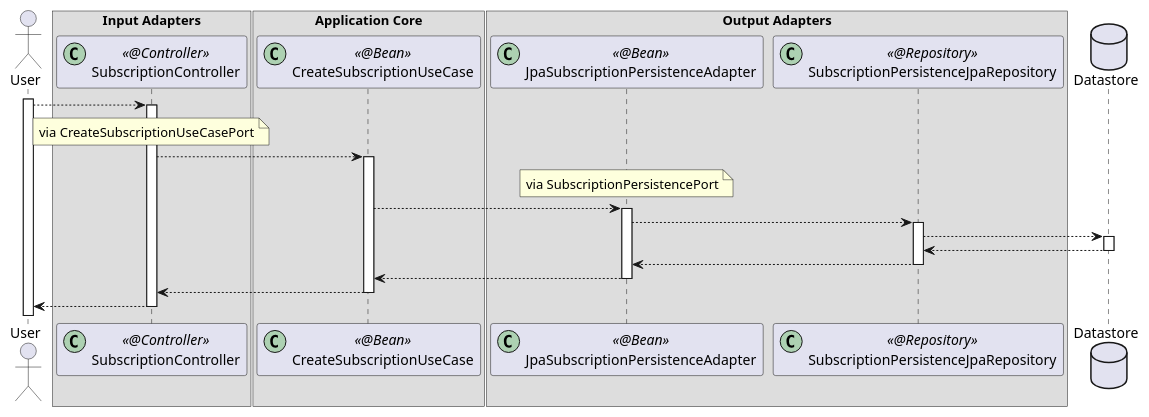
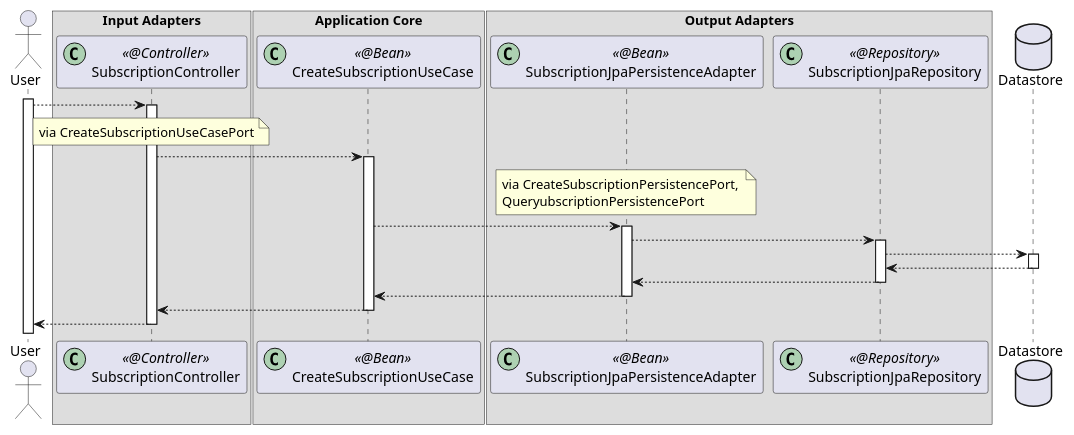
The diagram in hex/docs/diagrams/sequence.puml (abchau/architecture-by-examples), drawn with PlantUML before and after one commit. The commit also changed 2 other files, not shown here.

```diff
--- a/hex/docs/diagrams/sequence.puml
+++ b/hex/docs/diagrams/sequence.puml
@@ -1,52 +1,52 @@
 @startuml
 
 actor User 
 box Input Adapters
 participant SubscriptionController << (C,#ADD1B2) @Controller >>
 end box
 box Application Core
 participant CreateSubscriptionUseCase << (C,#ADD1B2) @Bean >>
 end box
 box Output Adapters
-participant JpaSubscriptionPersistenceAdapter << (C,#ADD1B2) @Bean >>
-participant SubscriptionPersistenceJpaRepository << (C,#ADD1B2) @Repository >>
+participant SubscriptionJpaPersistenceAdapter << (C,#ADD1B2) @Bean >>
+participant SubscriptionJpaRepository << (C,#ADD1B2) @Repository >>
 end box
 database Datastore
 
 activate User
 
 User --> SubscriptionController
 activate SubscriptionController
 
 note over SubscriptionController: via CreateSubscriptionUseCasePort
 
 SubscriptionController --> CreateSubscriptionUseCase
 activate CreateSubscriptionUseCase
 
-note over JpaSubscriptionPersistenceAdapter: via SubscriptionPersistencePort
+note over SubscriptionJpaPersistenceAdapter: via CreateSubscriptionPersistencePort, \nQueryubscriptionPersistencePort
 
-CreateSubscriptionUseCase --> JpaSubscriptionPersistenceAdapter
-activate JpaSubscriptionPersistenceAdapter
+CreateSubscriptionUseCase --> SubscriptionJpaPersistenceAdapter
+activate SubscriptionJpaPersistenceAdapter
 
-JpaSubscriptionPersistenceAdapter --> SubscriptionPersistenceJpaRepository
-activate SubscriptionPersistenceJpaRepository
+SubscriptionJpaPersistenceAdapter --> SubscriptionJpaRepository
+activate SubscriptionJpaRepository
 
-SubscriptionPersistenceJpaRepository --> Datastore
+SubscriptionJpaRepository --> Datastore
 activate Datastore
 
-Datastore --> SubscriptionPersistenceJpaRepository
+Datastore --> SubscriptionJpaRepository
 deactivate Datastore
 
-SubscriptionPersistenceJpaRepository --> JpaSubscriptionPersistenceAdapter
-deactivate SubscriptionPersistenceJpaRepository
+SubscriptionJpaRepository --> SubscriptionJpaPersistenceAdapter
+deactivate SubscriptionJpaRepository
 
-JpaSubscriptionPersistenceAdapter --> CreateSubscriptionUseCase
-deactivate JpaSubscriptionPersistenceAdapter
+SubscriptionJpaPersistenceAdapter --> CreateSubscriptionUseCase
+deactivate SubscriptionJpaPersistenceAdapter
 
 CreateSubscriptionUseCase --> SubscriptionController
 deactivate CreateSubscriptionUseCase
 
 SubscriptionController --> User
 deactivate SubscriptionController
 
 @enduml
```
